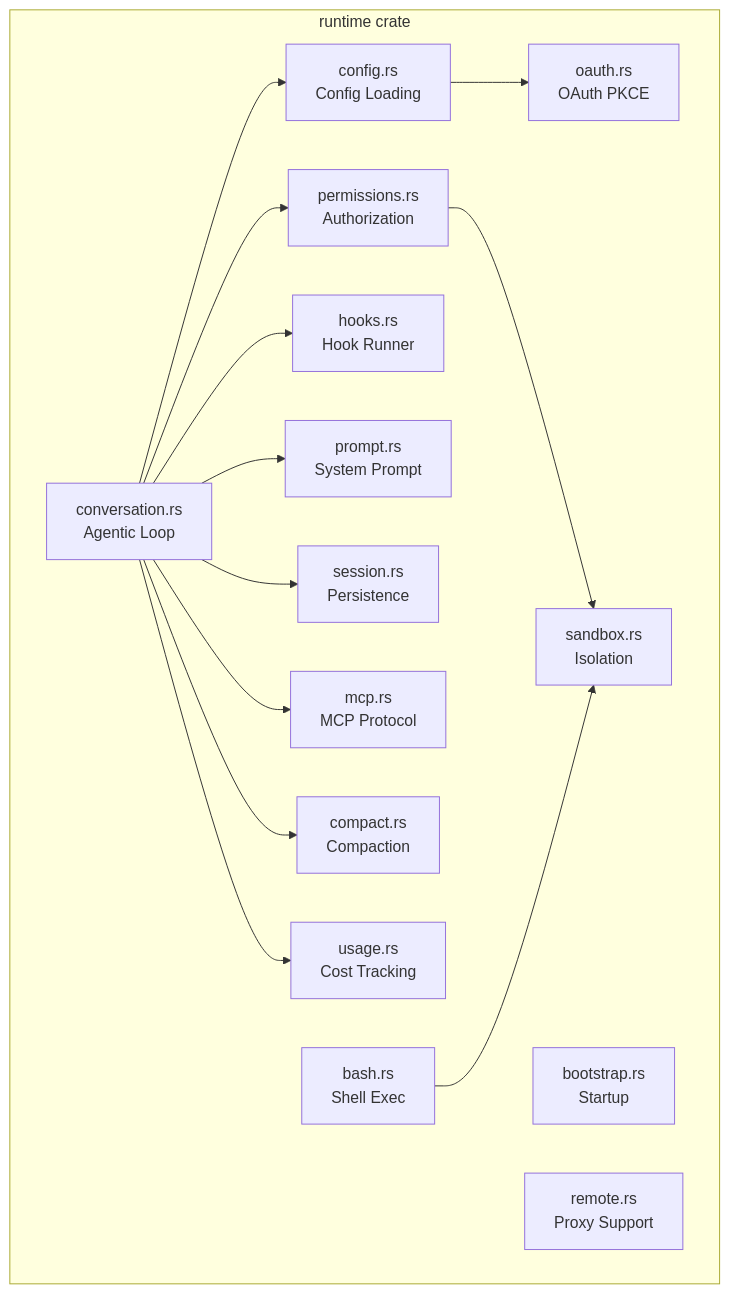
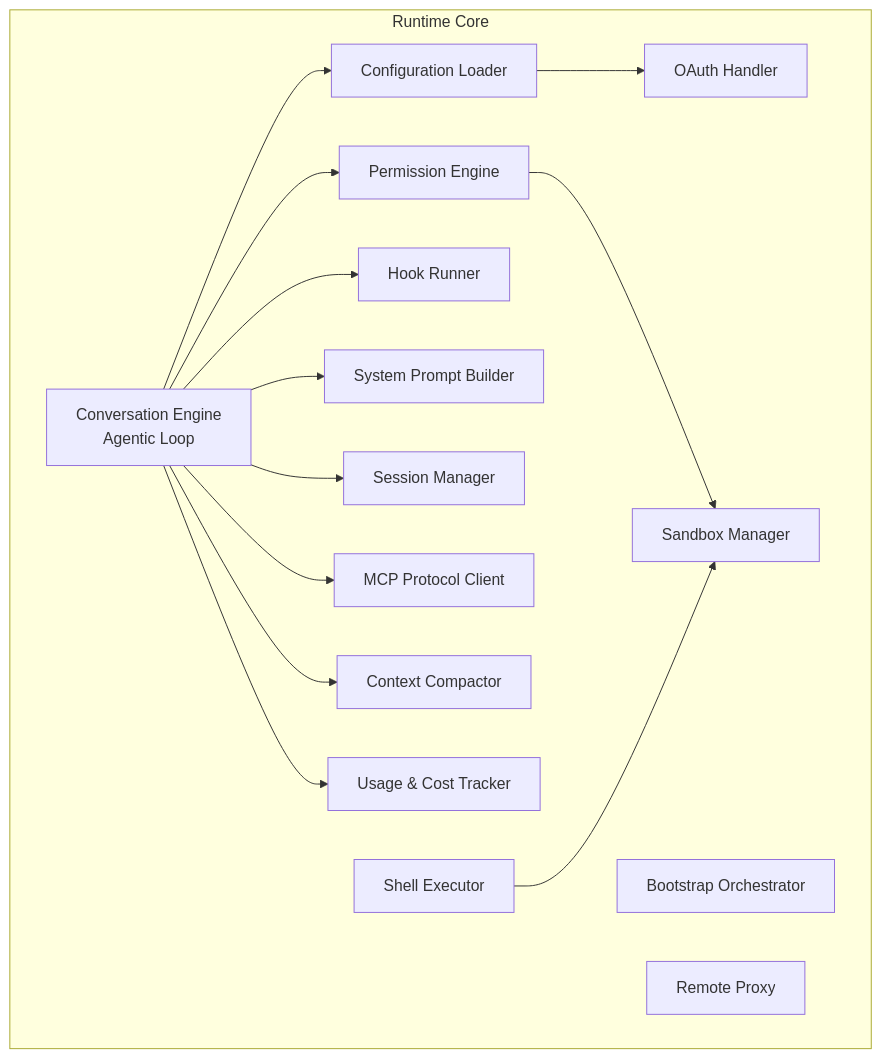
One commit to Luxshan2000/inside-claude-code changed the fourth of 4 diagrams in docs/00-architecture-overview/README.md. Above: the diagram before and after it, drawn with Mermaid. The commit also changed other lines of this file and 12 other files, not shown here.

First line of the commit message:
Clean up: Remove code-specific references, keep pure architecture concepts

````diff
--- a/docs/00-architecture-overview/README.md
+++ b/docs/00-architecture-overview/README.md
@@ -139,31 +137,31 @@
 ```mermaid
 graph TB
-    subgraph "runtime crate"
-        CONV["conversation.rs<br/>Agentic Loop"]
-        CONFIG["config.rs<br/>Config Loading"]
-        PERM["permissions.rs<br/>Authorization"]
-        HOOKS["hooks.rs<br/>Hook Runner"]
-        PROMPT["prompt.rs<br/>System Prompt"]
-        SESSION["session.rs<br/>Persistence"]
-        MCP["mcp.rs<br/>MCP Protocol"]
-        COMPACT["compact.rs<br/>Compaction"]
-        OAUTH["oauth.rs<br/>OAuth PKCE"]
-        USAGE["usage.rs<br/>Cost Tracking"]
-        SANDBOX["sandbox.rs<br/>Isolation"]
-        BASH["bash.rs<br/>Shell Exec"]
-        BOOT["bootstrap.rs<br/>Startup"]
-        REMOTE["remote.rs<br/>Proxy Support"]
+    subgraph "Runtime Core"
+        CONV["Conversation Engine<br/>Agentic Loop"]
+        CONFIG["Configuration Loader"]
+        PERM["Permission Engine"]
+        HOOKS["Hook Runner"]
+        PROMPT["System Prompt Builder"]
+        SESSION["Session Manager"]
+        MCP["MCP Protocol Client"]
+        COMPACT["Context Compactor"]
+        OAUTH["OAuth Handler"]
+        USAGE["Usage & Cost Tracker"]
+        SANDBOX["Sandbox Manager"]
+        BASH["Shell Executor"]
+        BOOT["Bootstrap Orchestrator"]
+        REMOTE["Remote Proxy"]
     end
 
     CONV --> CONFIG
     CONV --> PERM
     CONV --> HOOKS
     CONV --> PROMPT
     CONV --> SESSION
     CONV --> MCP
     CONV --> COMPACT
     CONV --> USAGE
     CONFIG --> OAUTH
     PERM --> SANDBOX
     BASH --> SANDBOX
 ```
````
